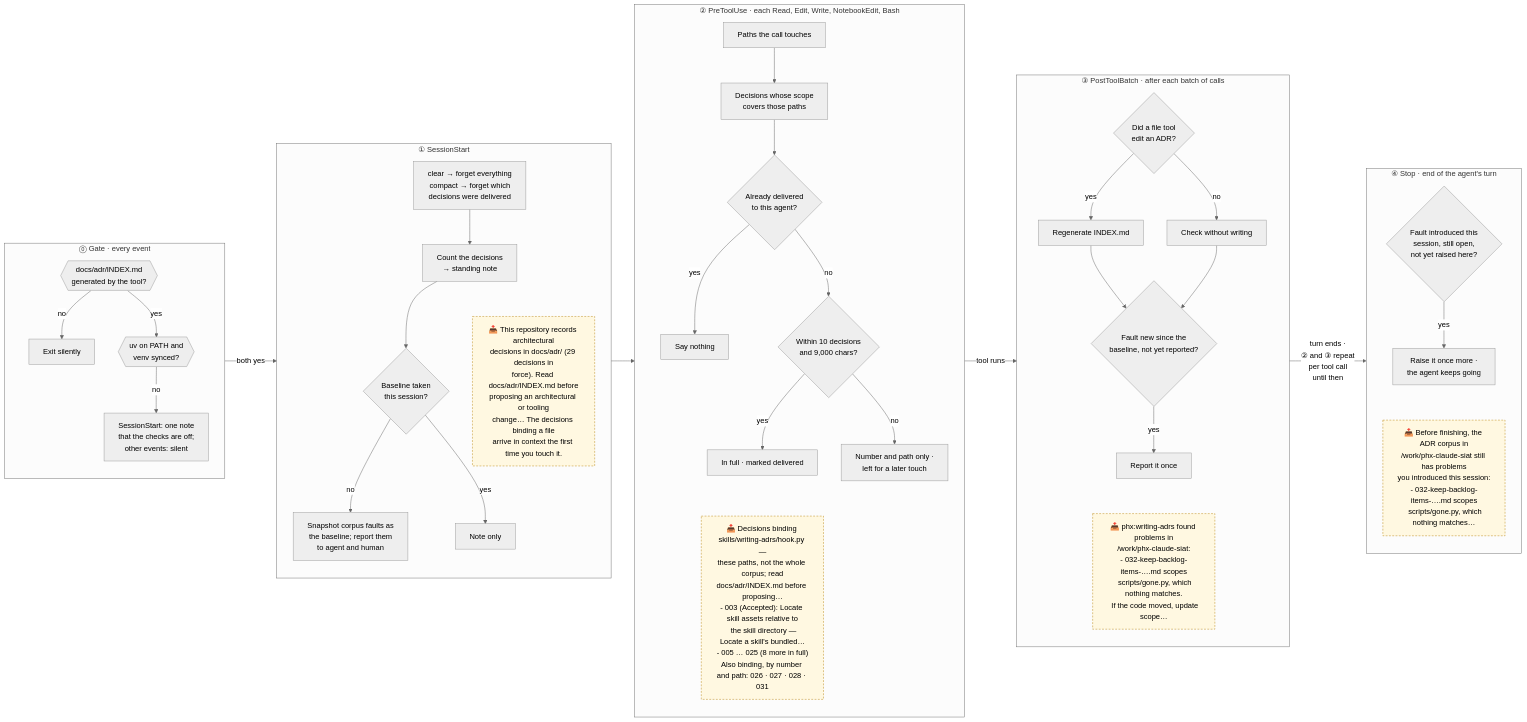
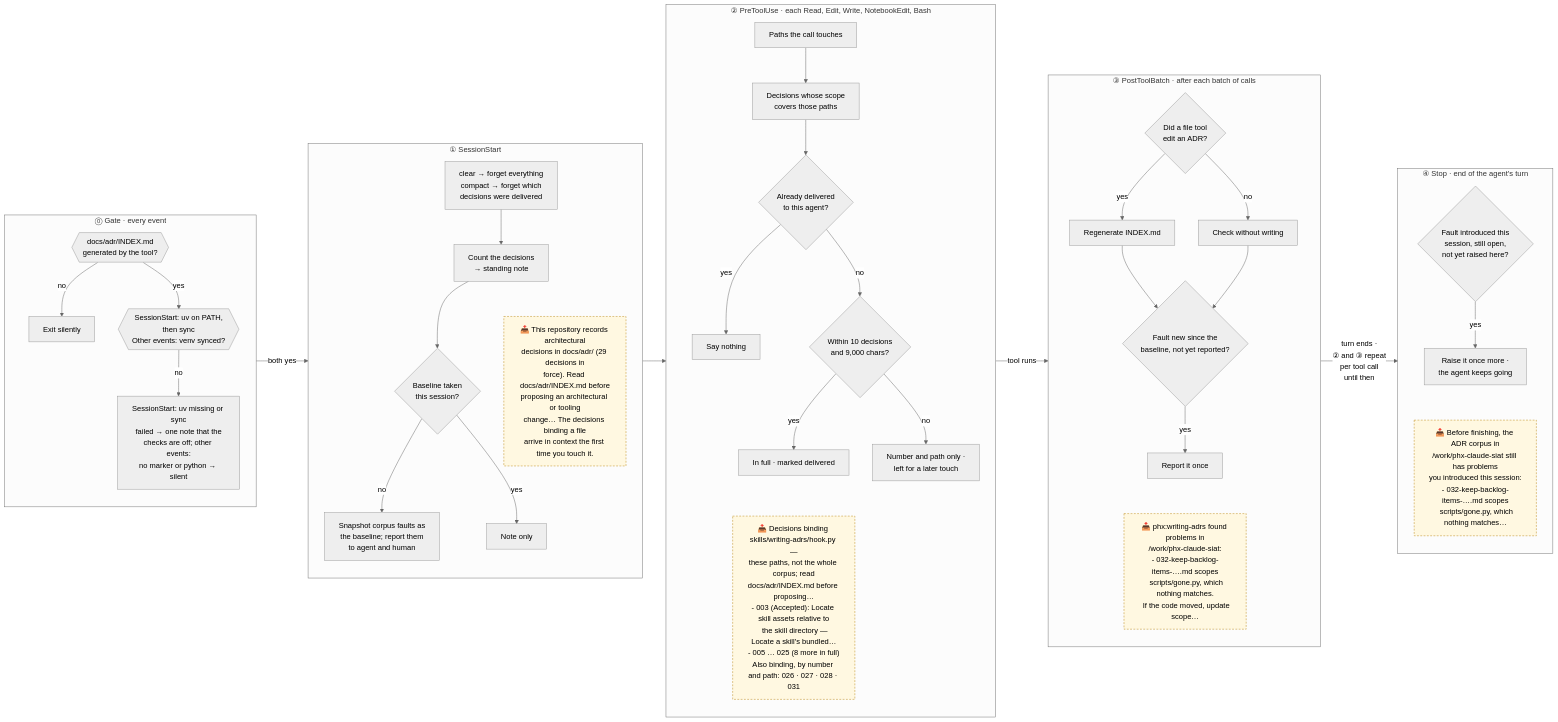
The diagram in docs/writing-adrs-hooks.md (todofixthis/phx-claude-siat), drawn with Mermaid (neutral theme) before and after one commit. The commit also changed other lines of this file and 2 other files, not shown here.

First line of the commit message:
Explain why a writing-adrs hook goes silent 🕯️

````diff
--- a/docs/writing-adrs-hooks.md
+++ b/docs/writing-adrs-hooks.md
@@ -38,53 +38,53 @@
 ```mermaid
 flowchart LR
     subgraph G["⓪ Gate · every event"]
         direction TB
         G1{{"docs/adr/INDEX.md<br/>generated by the tool?"}} -- no --> G2["Exit silently"]
-        G1 -- yes --> G3{{"uv on PATH and<br/>venv synced?"}}
-        G3 -- no --> G4["SessionStart: one note<br/>that the checks are off;<br/>other events: silent"]
+        G1 -- yes --> G3{{"SessionStart: uv on PATH,<br/>then sync<br/>Other events: venv synced?"}}
+        G3 -- no --> G4["SessionStart: uv missing or sync<br/>failed → one note that the<br/>checks are off; other events:<br/>no marker or python → silent"]
     end
 
     subgraph SS["① SessionStart"]
         direction TB
         SS1["clear → forget everything<br/>compact → forget which<br/>decisions were delivered"] --> SS2["Count the decisions<br/>→ standing note"]
         SS2 --> SS3{"Baseline taken<br/>this session?"}
         SS3 -- no --> SS4["Snapshot corpus faults as<br/>the baseline; report them<br/>to agent and human"]
         SS3 -- yes --> SS5["Note only"]
         SS2 ~~~ E1["📥 This repository records architectural<br/>decisions in docs/adr/ (29 decisions in<br/>force). Read docs/adr/INDEX.md before<br/>proposing an architectural or tooling<br/>change… The decisions binding a file<br/>arrive in context the first time you touch it."]
     end
 
     subgraph PT["② PreToolUse · each Read, Edit, Write, NotebookEdit, Bash"]
         direction TB
         PT1["Paths the call touches"] --> PT2["Decisions whose scope<br/>covers those paths"]
         PT2 --> PT3{"Already delivered<br/>to this agent?"}
         PT3 -- yes --> PT0["Say nothing"]
         PT3 -- no --> PT4{"Within 10 decisions<br/>and 9,000 chars?"}
         PT4 -- yes --> PT5["In full · marked delivered"]
         PT4 -- no --> PT6["Number and path only ·<br/>left for a later touch"]
         PT5 ~~~ E2["📥 Decisions binding skills/writing-adrs/hook.py —<br/>these paths, not the whole corpus; read<br/>docs/adr/INDEX.md before proposing…<br/>- 003 (Accepted): Locate skill assets relative to<br/>  the skill directory — Locate a skill's bundled…<br/>- 005 … 025 (8 more in full)<br/>Also binding, by number and path: 026 · 027 · 028 · 031"]
     end
 
     subgraph PB["③ PostToolBatch · after each batch of calls"]
         direction TB
         PB1{"Did a file tool<br/>edit an ADR?"} -- yes --> PB2["Regenerate INDEX.md"]
         PB1 -- no --> PB3["Check without writing"]
         PB2 --> PB4{"Fault new since the<br/>baseline, not yet reported?"}
         PB3 --> PB4
         PB4 -- yes --> PB5["Report it once"]
         PB5 ~~~ E3["📥 phx:writing-adrs found problems in<br/>/work/phx-claude-siat:<br/>- 032-keep-backlog-items-….md scopes<br/>  scripts/gone.py, which nothing matches.<br/>  If the code moved, update scope…"]
     end
 
     subgraph ST["④ Stop · end of the agent's turn"]
         direction TB
         ST1{"Fault introduced this<br/>session, still open,<br/>not yet raised here?"} -- yes --> ST2["Raise it once more ·<br/>the agent keeps going"]
         ST2 ~~~ E4["📥 Before finishing, the ADR corpus in<br/>/work/phx-claude-siat still has problems<br/>you introduced this session:<br/>- 032-keep-backlog-items-….md scopes<br/>  scripts/gone.py, which nothing matches…"]
     end
 
     G -- "both yes" --> SS
     SS --> PT
     PT -- "tool runs" --> PB
     PB -- "turn ends ·<br/>② and ③ repeat<br/>per tool call<br/>until then" --> ST
 
     classDef ctx fill:#fff8e1,stroke:#b8860b,color:#000,stroke-dasharray:4 3
     class E1,E2,E3,E4 ctx
 ```
````
